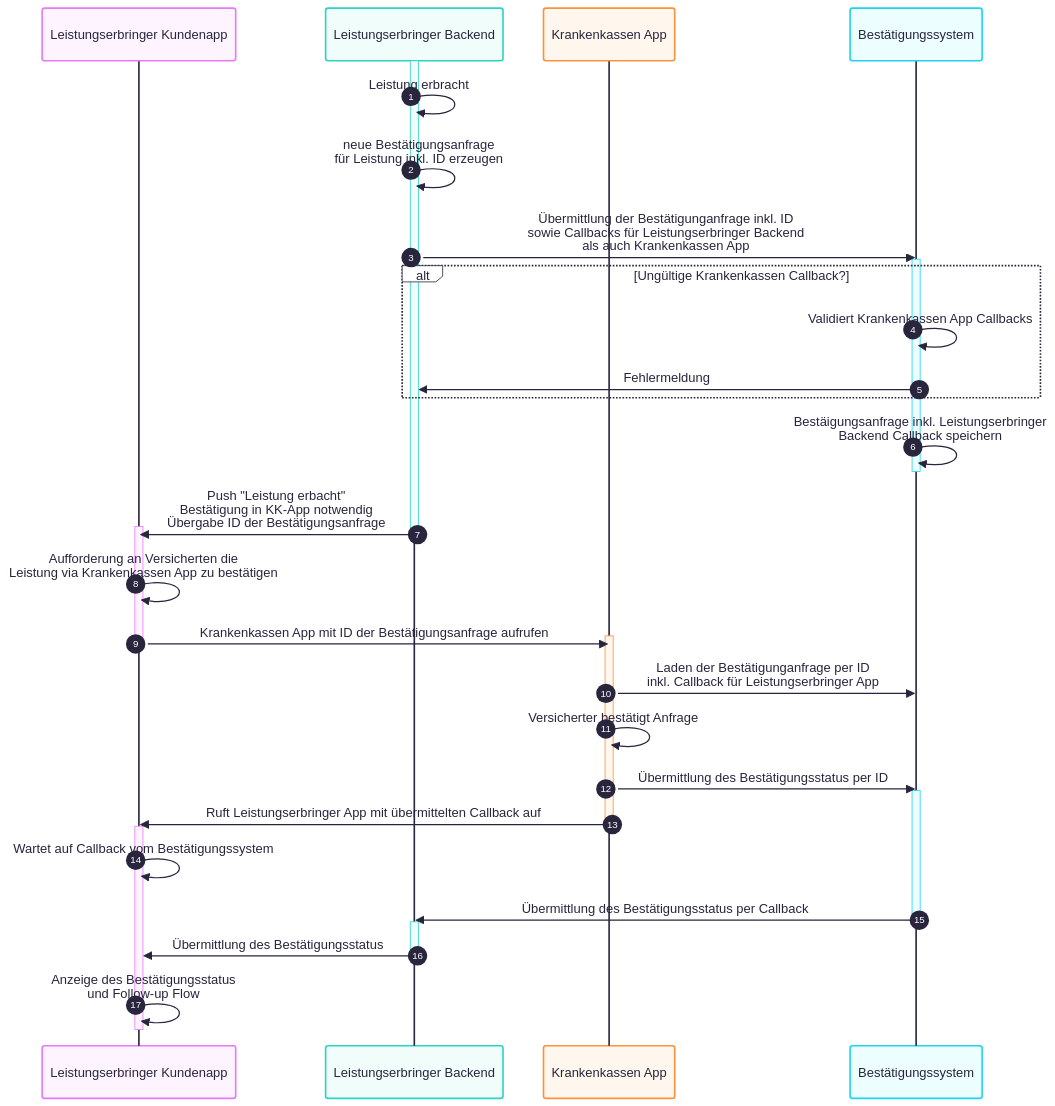
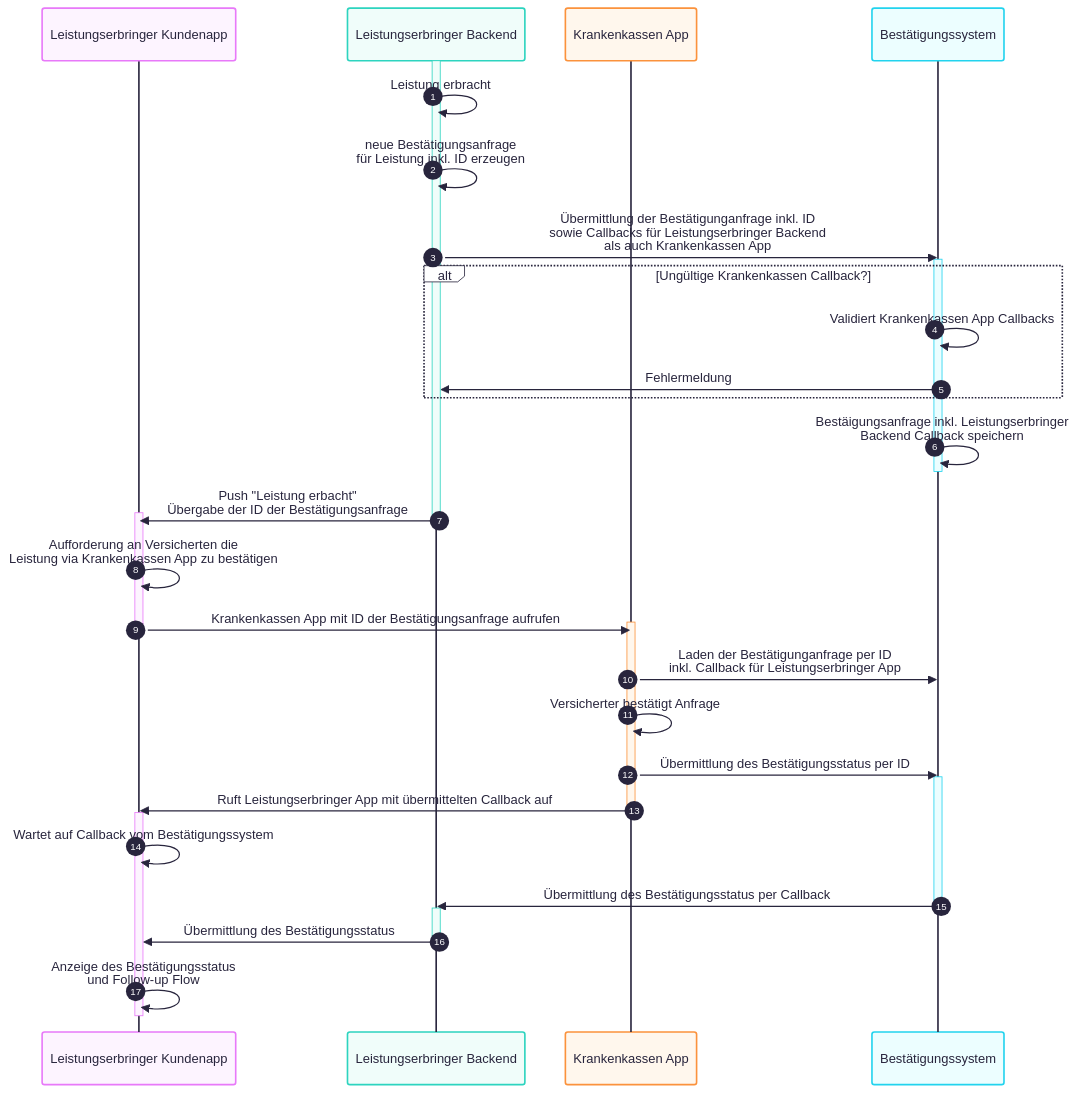
One commit to kreyssel/eLB changed the diagram in APPFLOW.md. Above: the diagram before and after it, drawn with Mermaid.

Commit message:
Simplify push notification in APPFLOW.md
Removed redundant text from push notification message.

````diff
--- a/APPFLOW.md
+++ b/APPFLOW.md
@@ -7,46 +7,46 @@
 ```mermaid
 ---
 config:
   theme: redux-color
 ---
 sequenceDiagram
     autonumber
     participant LER_APP as Leistungserbringer Kundenapp
     participant LER_BE as Leistungserbringer Backend
     participant KK_APP as Krankenkassen App
     participant BS as Bestätigungssystem
 
     activate LER_BE
     LER_BE->>LER_BE: Leistung erbracht
     LER_BE->>LER_BE: neue Bestätigungsanfrage<br>für Leistung inkl. ID erzeugen
     LER_BE->>BS: Übermittlung der Bestätigunganfrage inkl. ID<br>sowie Callbacks für Leistungserbringer Backend<br>als auch Krankenkassen App
     activate BS
     alt Ungültige Krankenkassen Callback?
         BS->>BS: Validiert Krankenkassen App Callbacks
         BS->>LER_BE: Fehlermeldung
     end
     BS->>BS: Bestäigungsanfrage inkl. Leistungserbringer<br>Backend Callback speichern
     deactivate BS
-    LER_BE->>LER_APP: Push "Leistung erbacht"<br>Bestätigung in KK-App notwendig<br>Übergabe ID der Bestätigungsanfrage
+    LER_BE->>LER_APP: Push "Leistung erbacht"<br>Übergabe der ID der Bestätigungsanfrage
     activate LER_APP
     deactivate LER_BE
     LER_APP->>LER_APP: Aufforderung an Versicherten die<br>Leistung via Krankenkassen App zu bestätigen
     LER_APP->>KK_APP: Krankenkassen App mit ID der Bestätigungsanfrage aufrufen
     activate KK_APP
     deactivate LER_APP
     KK_APP->>BS: Laden der Bestätigunganfrage per ID <br>inkl. Callback für Leistungserbringer App
     KK_APP->>KK_APP: Versicherter bestätigt Anfrage
     KK_APP->>BS: Übermittlung des Bestätigungsstatus per ID
     activate BS
     KK_APP->>LER_APP: Ruft Leistungserbringer App mit übermittelten Callback auf
     deactivate KK_APP
     activate LER_APP
     LER_APP->>LER_APP: Wartet auf Callback vom Bestätigungssystem
     BS->>LER_BE: Übermittlung des Bestätigungsstatus per Callback
     deactivate BS
     activate LER_BE
     LER_BE->>LER_APP: Übermittlung des Bestätigungsstatus 
     deactivate LER_BE
     LER_APP->>LER_APP: Anzeige des Bestätigungsstatus<br>und Follow-up Flow
     deactivate LER_APP
 ```
````
